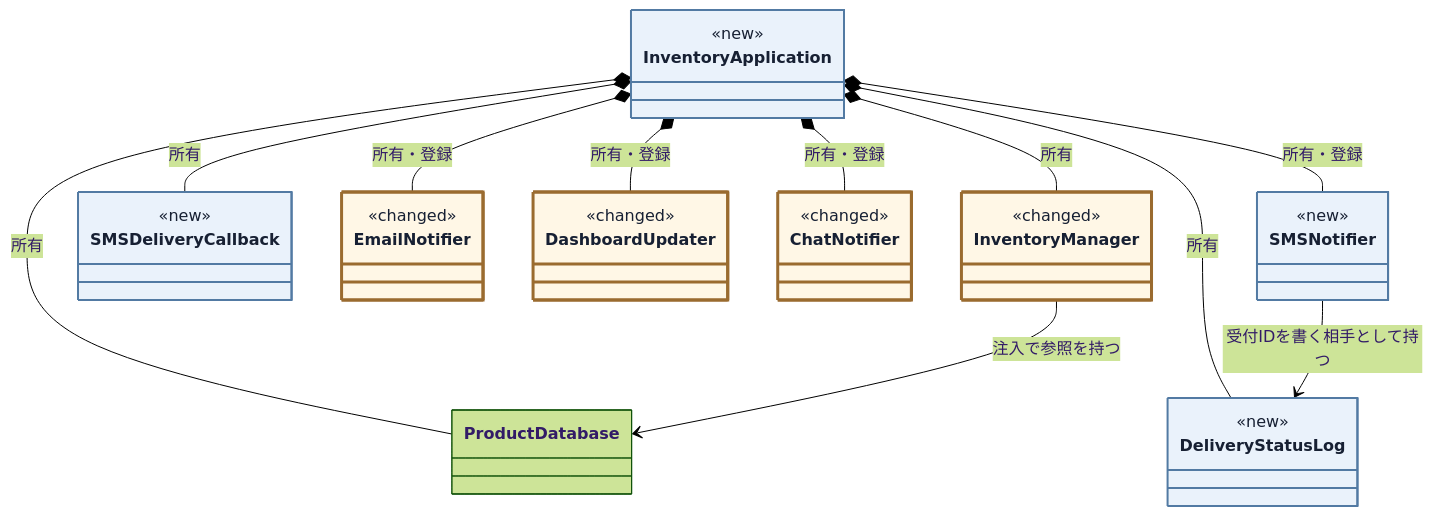
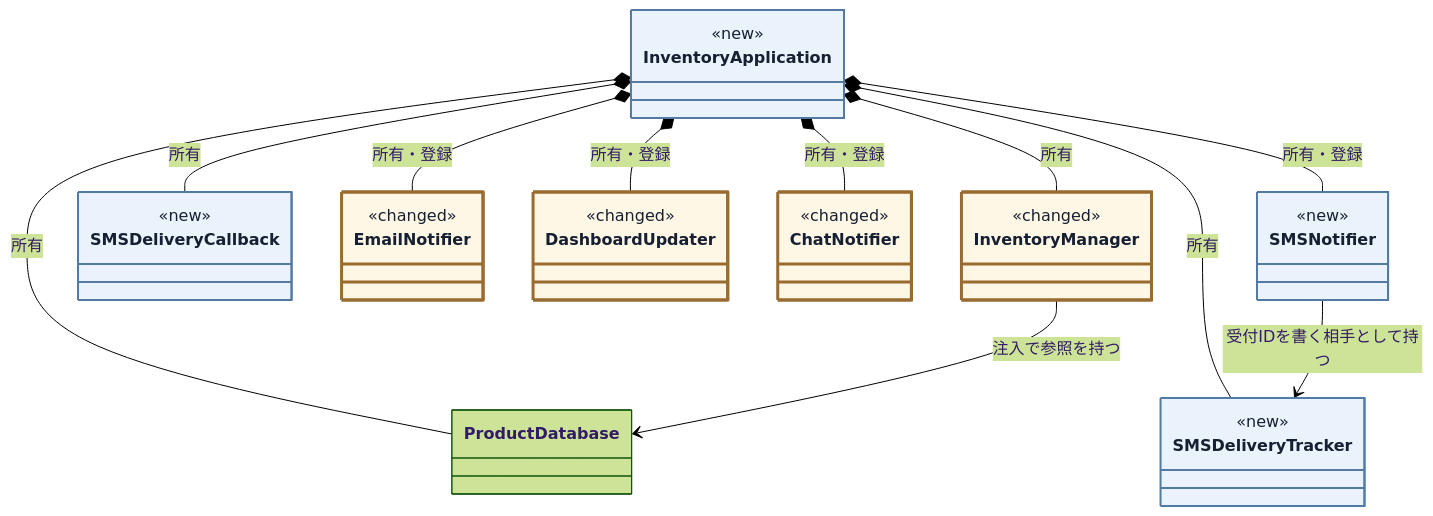
Diagram 14 of 20 in kindle/design-patterns/books/volume01-core-patterns/output/05-chapter03.md (kumachan1101-pixel/DesignPattern), drawn with Mermaid (forest theme) before and after one commit. The commit also changed other lines of this file and 19 other files, not shown here.

````diff
--- a/kindle/design-patterns/books/volume01-core-patterns/output/05-chapter03.md
+++ b/kindle/design-patterns/books/volume01-core-patterns/output/05-chapter03.md
@@ -1981,42 +1979,42 @@
 ```mermaid
 classDiagram
     direction TB
     class InventoryManager:::touched {
         <<changed>>
     }
     class ProductDatabase
-    class DeliveryStatusLog:::added {
+    class SMSDeliveryTracker:::added {
         <<new>>
     }
     class SMSDeliveryCallback:::added {
         <<new>>
     }
     class InventoryApplication:::added {
         <<new>>
     }
     class EmailNotifier:::touched {
         <<changed>>
     }
     class DashboardUpdater:::touched {
         <<changed>>
     }
     class ChatNotifier:::touched {
         <<changed>>
     }
     class SMSNotifier:::added {
         <<new>>
     }
     InventoryApplication *-- InventoryManager : 所有
     InventoryApplication *-- EmailNotifier : 所有・登録
     InventoryApplication *-- DashboardUpdater : 所有・登録
     InventoryApplication *-- ChatNotifier : 所有・登録
     InventoryApplication *-- SMSNotifier : 所有・登録
     InventoryApplication *-- ProductDatabase : 所有
-    InventoryApplication *-- DeliveryStatusLog : 所有
+    InventoryApplication *-- SMSDeliveryTracker : 所有
     InventoryApplication *-- SMSDeliveryCallback : 所有
     InventoryManager --> ProductDatabase : 注入で参照を持つ
-    SMSNotifier --> DeliveryStatusLog : 受付IDを書く相手として持つ
+    SMSNotifier --> SMSDeliveryTracker : 受付IDを書く相手として持つ
 
     classDef added fill:#eaf2fb,stroke:#527aa3,stroke-width:2px,color:#172033;
     classDef touched fill:#fff7e6,stroke:#9a6b2f,stroke-width:3px,color:#172033;
 ```
````
